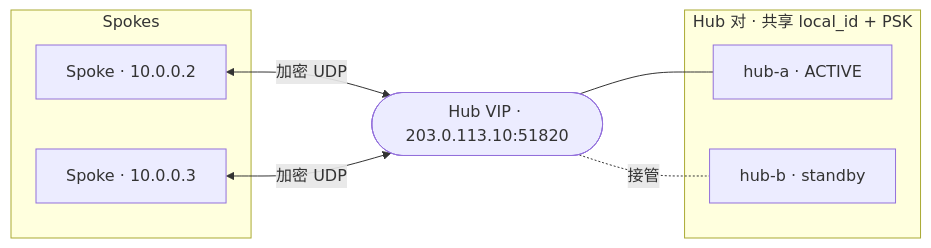
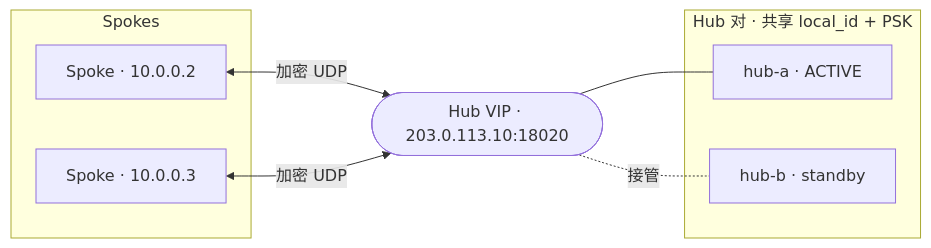
Before and after one commit to jamiesun/btunnel: the diagram in docs-site/zh/src/operations/deployment.md, drawn with Mermaid. The commit also changed other lines of this file and 35 other files, not shown here.

````diff
--- a/docs-site/zh/src/operations/deployment.md
+++ b/docs-site/zh/src/operations/deployment.md
@@ -161,16 +164,16 @@
 ```mermaid
 flowchart LR
     subgraph Spokes
         S2["Spoke · 10.0.0.2"]
         S3["Spoke · 10.0.0.3"]
     end
-    VIP(["Hub VIP · 203.0.113.10:51820"])
+    VIP(["Hub VIP · 203.0.113.10:18020"])
     subgraph HubPair["Hub 对 · 共享 local_id + PSK"]
         HA["hub-a · ACTIVE"]
         HB["hub-b · standby"]
     end
     S2 <-->|"加密 UDP"| VIP
     S3 <-->|"加密 UDP"| VIP
     VIP --- HA
     VIP -. 接管 .- HB
 ```
````
